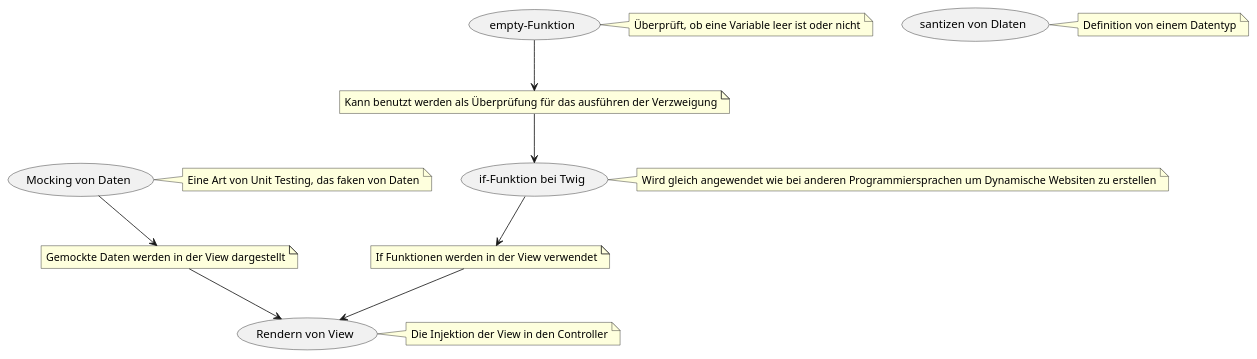
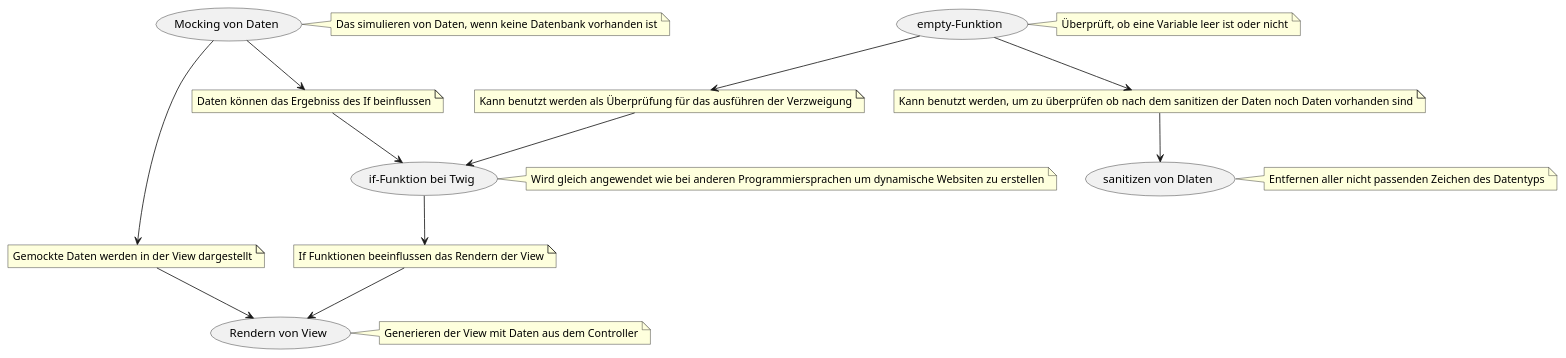
The diagram in docs/LB2/Abgabe2/ConceptMap.md (Bildungszentrum-fur-Technik/m133_lernportfolio-Remooooooo), drawn with PlantUML before and after one commit. The commit also changed other lines of this file and 1 other file, not shown here.

Commit message:
Concept Map Abgabe 2

````diff
--- a/docs/LB2/Abgabe2/ConceptMap.md
+++ b/docs/LB2/Abgabe2/ConceptMap.md
@@ -13,39 +13,45 @@
 ```plantuml
 @startuml
 (if-Funktion bei Twig) as (IfTwig)
 note right of (IfTwig) 
-Wird gleich angewendet wie bei anderen Programmiersprachen um Dynamische Websiten zu erstellen
+Wird gleich angewendet wie bei anderen Programmiersprachen um dynamische Websiten zu erstellen
 end note
 (Mocking von Daten) as (Mocking)
 note right of (Mocking)
-Eine Art von Unit Testing, das faken von Daten
+Das simulieren von Daten, wenn keine Datenbank vorhanden ist
 end note
 (Rendern von View) as (rendern)
 note right of (rendern)
-Die Injektion der View in den Controller
+Generieren der View mit Daten aus dem Controller
 end note
 (empty-Funktion) as (empty)
 note right of (empty)
 Überprüft, ob eine Variable leer ist oder nicht
 end note
-(santizen von Dlaten) as (santizen)
-note right of (santizen)
-Definition von einem Datentyp
+(sanitizen von Dlaten) as (sanitizen)
+note right of (sanitizen)
+Entfernen aller nicht passenden Zeichen des Datentyps
 end note
 
 note "Kann benutzt werden als Überprüfung für das ausführen der Verzweigung" as NoteIf
 (empty) --> NoteIf 
 NoteIf --> (IfTwig)
 
 note "Gemockte Daten werden in der View dargestellt" as NoteMock
 (Mocking) --> NoteMock
 NoteMock --> (rendern)
 
-note "If Funktionen werden in der View verwendet" as NoteView
+note "If Funktionen beeinflussen das Rendern der View" as NoteView
 (IfTwig) --> NoteView
 NoteView --> (rendern)
 
+note "Kann benutzt werden, um zu überprüfen ob nach dem sanitizen der Daten noch Daten vorhanden sind" as NoteSani
+(empty) --> NoteSani
+NoteSani --> (sanitizen)
 
+note "Daten können das Ergebniss des If beinflussen" as NoteIfMock
+(Mocking) --> NoteIfMock
+NoteIfMock --> (IfTwig)
 
 @enduml
 ```
````
